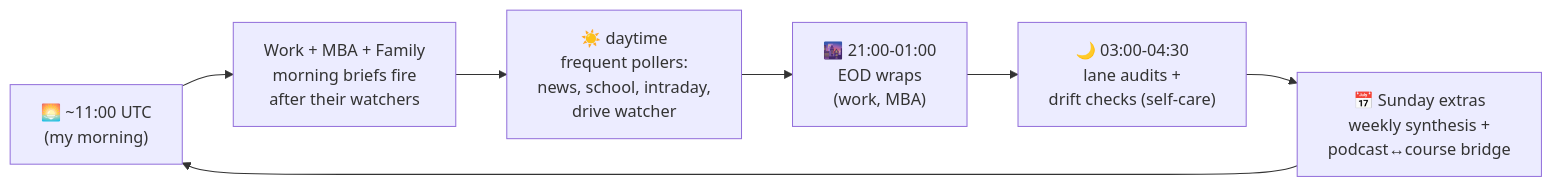
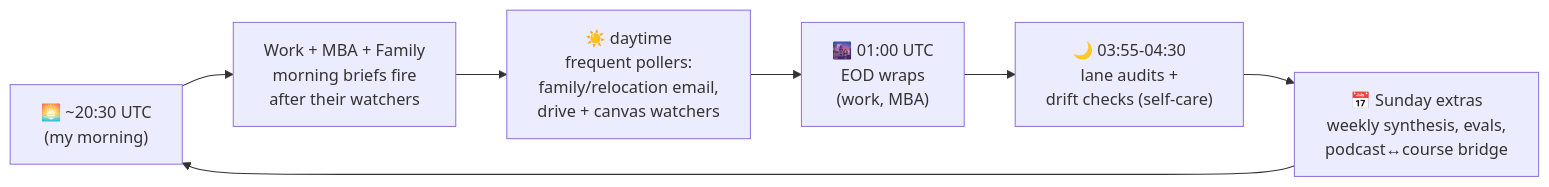
Before and after one commit to nickmuchi87/hermes-agents-showcase: the fourth of 4 diagrams in docs/06-the-schedule.md, drawn with Mermaid. The commit also changed other lines of this file and 8 other files, not shown here.

````diff
--- a/docs/06-the-schedule.md
+++ b/docs/06-the-schedule.md
@@ -125,9 +166,9 @@
 ```mermaid
 flowchart LR
-    dawn["🌅 ~11:00 UTC<br/>(my morning)"] --> briefs[Work + MBA + Family<br/>morning briefs fire<br/>after their watchers]
-    briefs --> day["☀️ daytime<br/>frequent pollers:<br/>news, school, intraday,<br/>drive watcher"]
-    day --> eve["🌆 21:00-01:00<br/>EOD wraps<br/>(work, MBA)"]
-    eve --> night["🌙 03:00-04:30<br/>lane audits +<br/>drift checks (self-care)"]
-    night --> sun["📅 Sunday extras<br/>weekly synthesis +<br/>podcast↔course bridge"]
+    dawn["🌅 ~20:30 UTC<br/>(my morning)"] --> briefs[Work + MBA + Family<br/>morning briefs fire<br/>after their watchers]
+    briefs --> day["☀️ daytime<br/>frequent pollers:<br/>family/relocation email,<br/>drive + canvas watchers"]
+    day --> eve["🌆 01:00 UTC<br/>EOD wraps<br/>(work, MBA)"]
+    eve --> night["🌙 03:55-04:30<br/>lane audits +<br/>drift checks (self-care)"]
+    night --> sun["📅 Sunday extras<br/>weekly synthesis, evals,<br/>podcast↔course bridge"]
     sun --> dawn
 ```
````
